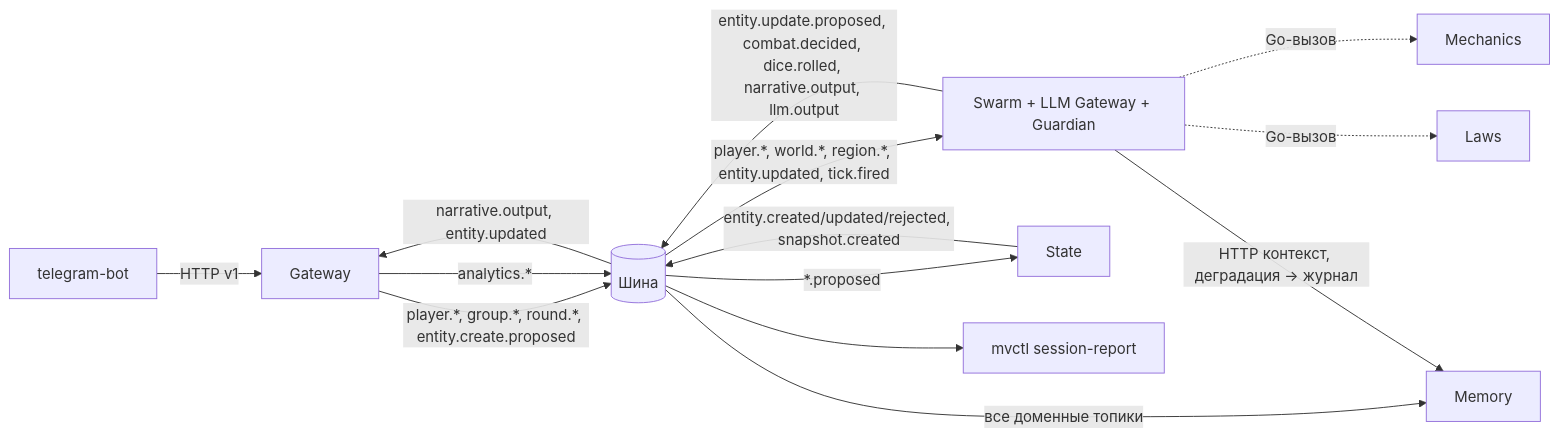
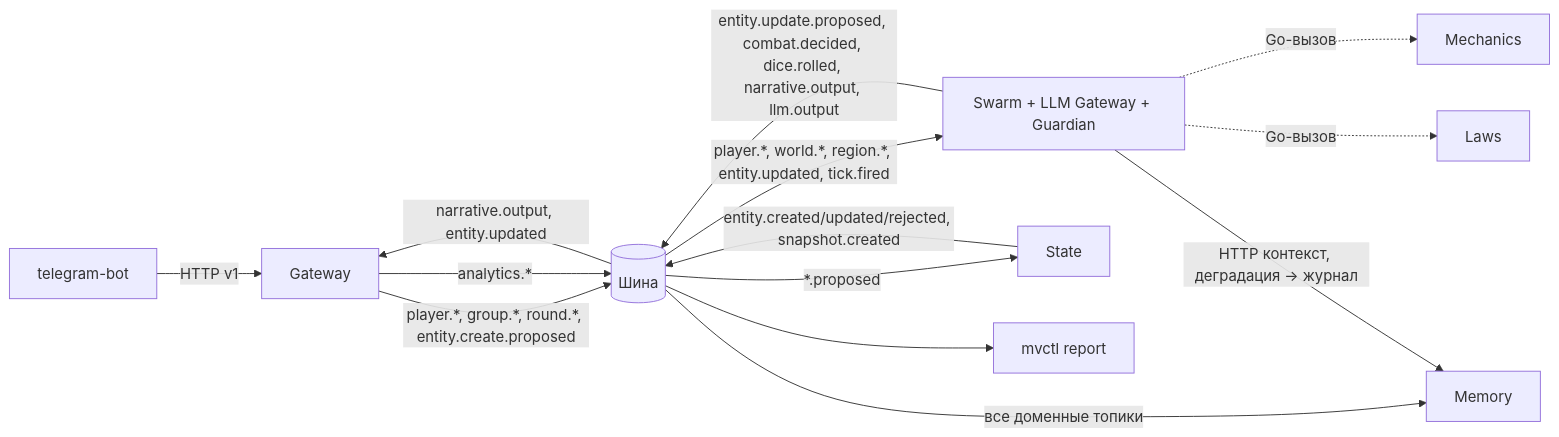
Before and after one commit to alekseizabelin1985-spec/multiverse-core: the third of 9 diagrams in Docs/dev-team/architecture/overview.md, drawn with Mermaid. The commit also changed other lines of this file and 185 other files, not shown here.

````diff
--- a/Docs/dev-team/architecture/overview.md
+++ b/Docs/dev-team/architecture/overview.md
@@ -240,16 +240,16 @@
 ```mermaid
 flowchart LR
     Bot[telegram-bot] -->|HTTP v1| GW[Gateway]
     GW -->|player.*, group.*, round.*, entity.create.proposed| BUS[(Шина)]
     BUS -->|player.*, world.*, region.*, entity.updated, tick.fired| SW[Swarm + LLM Gateway + Guardian]
     SW -->|entity.update.proposed, combat.decided, dice.rolled, narrative.output, llm.output| BUS
     BUS -->|*.proposed| ST[State]
     ST -->|entity.created/updated/rejected, snapshot.created| BUS
     SW -.->|Go-вызов| MECH[Mechanics]
     SW -.->|Go-вызов| LAWS[Laws]
     BUS -->|все доменные топики| MEM[Memory]
     SW -->|HTTP контекст, деградация → журнал| MEM
     BUS -->|narrative.output, entity.updated| GW
     GW -->|analytics.*| BUS
-    BUS --> OPS[mvctl session-report]
+    BUS --> OPS[mvctl report]
 ```
````
